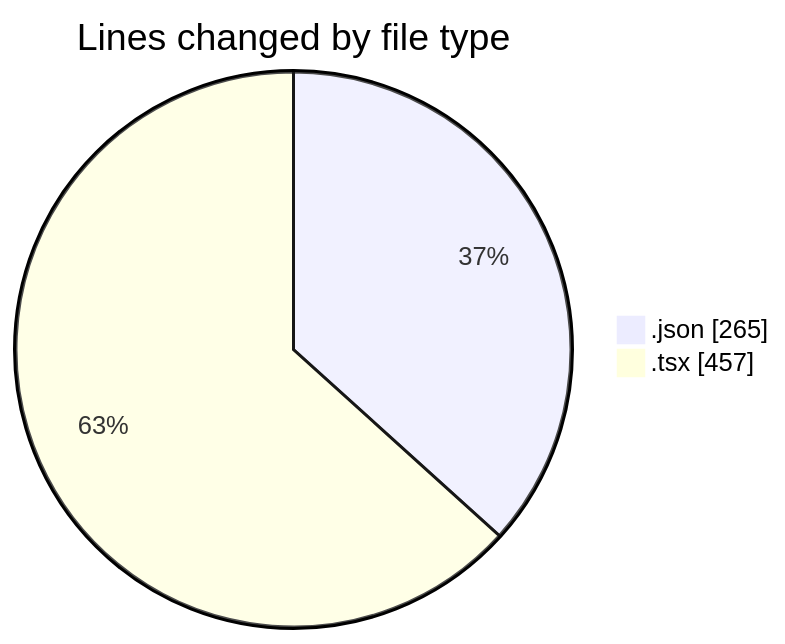
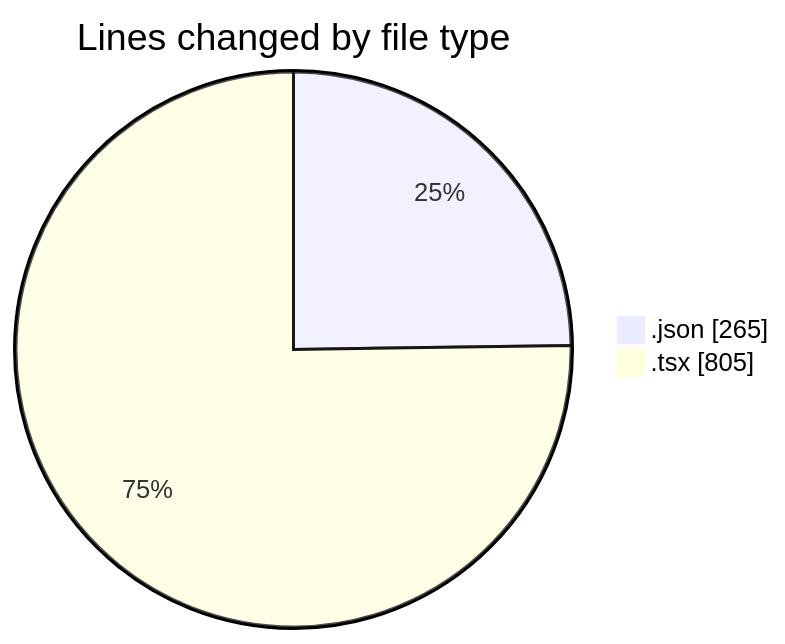
The first of 2 diagrams in 2026-04-22/cda/README.md (momahboobian/code-tracking), drawn with Mermaid before and after one commit. The commit also changed other lines of this file and 1 other file, not shown here.

````diff
--- a/2026-04-22/cda/README.md
+++ b/2026-04-22/cda/README.md
@@ -24,6 +25,6 @@
 ```mermaid
 pie showData
 title Lines changed by file type
 ".json" : 265
-".tsx" : 457
+".tsx" : 805
 ```
````
